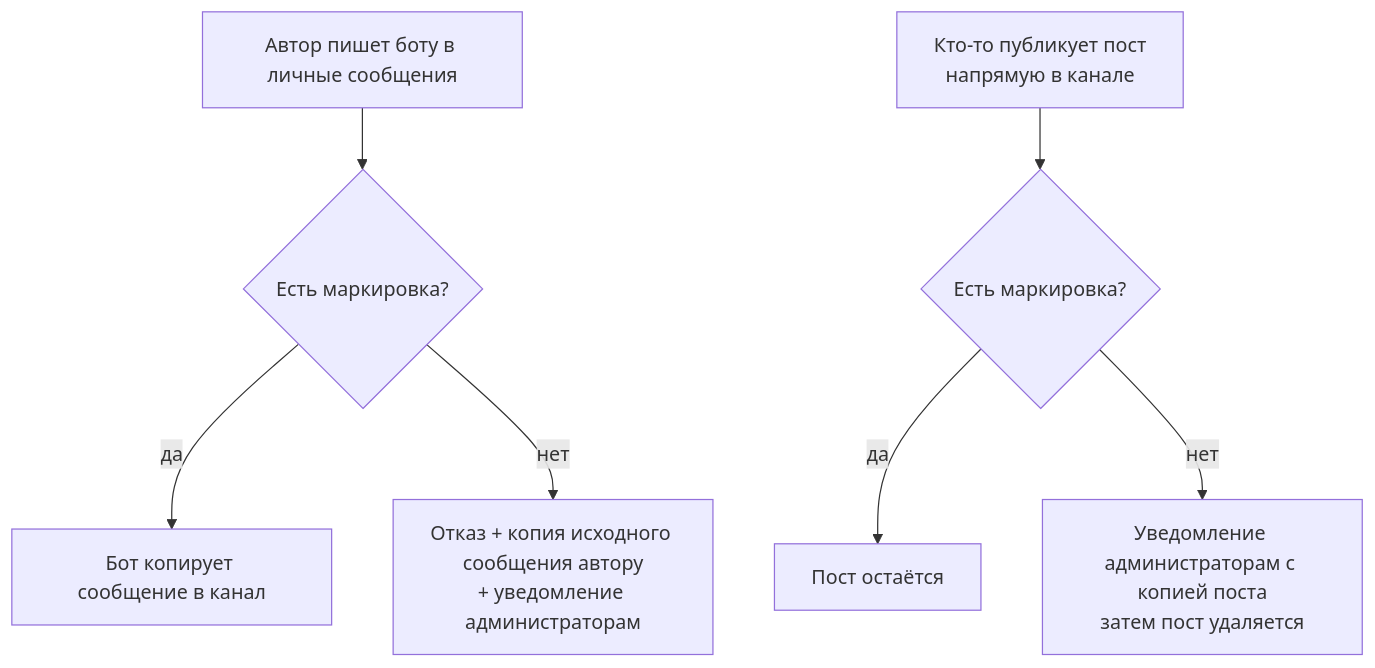
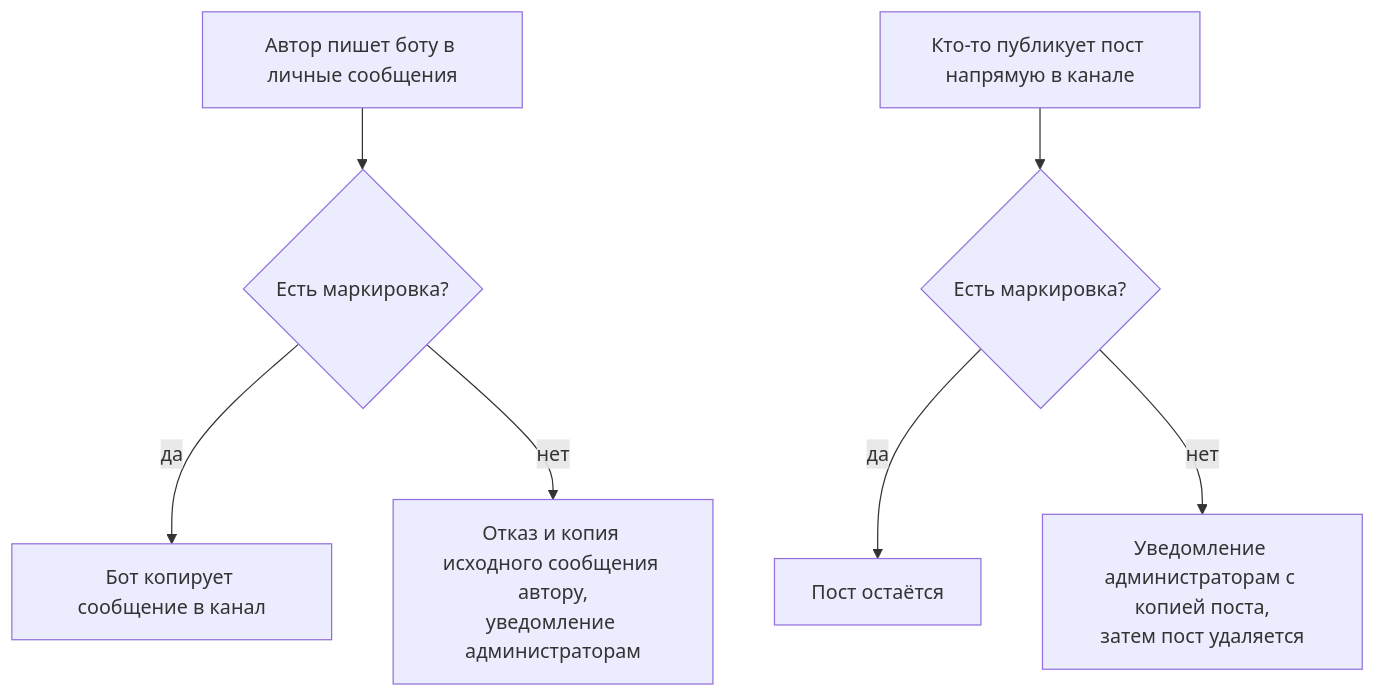
One commit to Faithfinder/rf_compliance_bot changed the diagram in README.md. Above: the diagram before and after it, drawn with Mermaid. The commit also changed 1 other file, not shown here.

Commit message:
Scope CI back to main and PRs, quote the mermaid labels
The branch was in the push trigger only to confirm the workflow runs
green before landing it; it did, so drop it. workflow_dispatch stays so
the workflow can be kicked off by hand.

Quoting the diagram labels keeps mermaid from tripping over the commas
and <br/> inside them.

Claude-Session: https://claude.ai/code/session_015jyK8KL5r1MqFxqPa1brHW

````diff
--- a/README.md
+++ b/README.md
@@ -31,10 +31,10 @@
 ```mermaid
 flowchart TD
-    A[Автор пишет боту в личные сообщения] --> B{Есть маркировка?}
-    B -- да --> C[Бот копирует сообщение в канал]
-    B -- нет --> D[Отказ + копия исходного сообщения автору<br/>+ уведомление администраторам]
+    A["Автор пишет боту в личные сообщения"] --> B{"Есть маркировка?"}
+    B -- "да" --> C["Бот копирует сообщение в канал"]
+    B -- "нет" --> D["Отказ и копия исходного сообщения автору,<br/>уведомление администраторам"]
 
-    E[Кто-то публикует пост<br/>напрямую в канале] --> F{Есть маркировка?}
-    F -- да --> G[Пост остаётся]
-    F -- нет --> H[Уведомление администраторам с копией поста<br/>затем пост удаляется]
+    E["Кто-то публикует пост напрямую в канале"] --> F{"Есть маркировка?"}
+    F -- "да" --> G["Пост остаётся"]
+    F -- "нет" --> H["Уведомление администраторам с копией поста,<br/>затем пост удаляется"]
 ```
````
